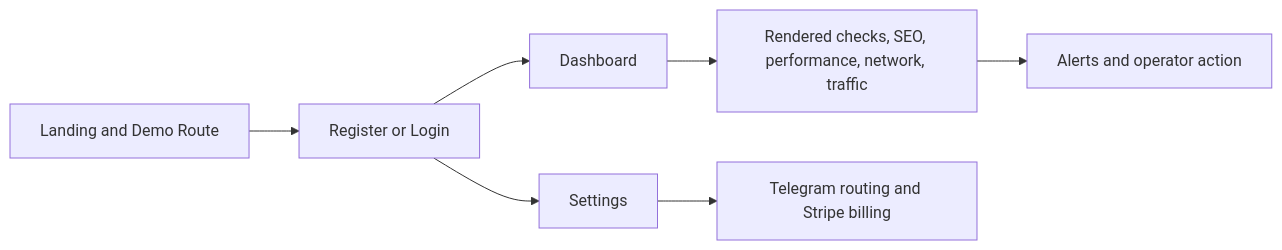
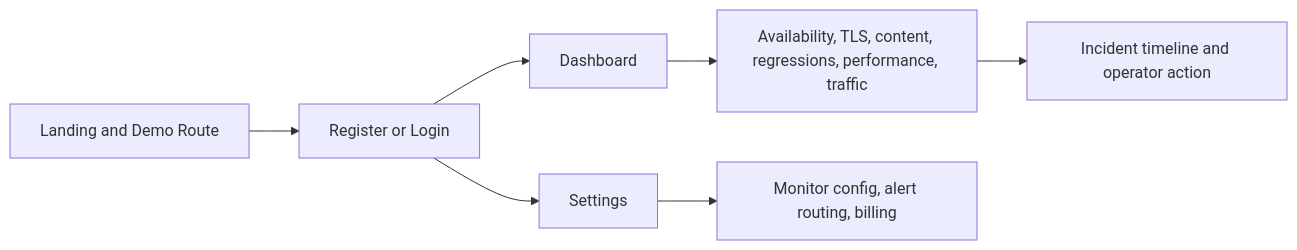
Before and after one commit to FoxVR-sudo/status-beacon: the diagram in README.md, drawn with Mermaid. The commit also changed other lines of this file and 6 other files, not shown here.

````diff
--- a/README.md
+++ b/README.md
@@ -59,9 +52,9 @@
 ```mermaid
 flowchart LR
   A[Landing and Demo Route] --> B[Register or Login]
   B --> C[Dashboard]
   B --> D[Settings]
-  C --> E[Rendered checks, SEO, performance, network, traffic]
-  D --> F[Telegram routing and Stripe billing]
-  E --> G[Alerts and operator action]
+  C --> E[Availability, TLS, content, regressions, performance, traffic]
+  D --> F[Monitor config, alert routing, billing]
+  E --> G[Incident timeline and operator action]
 ```
````
